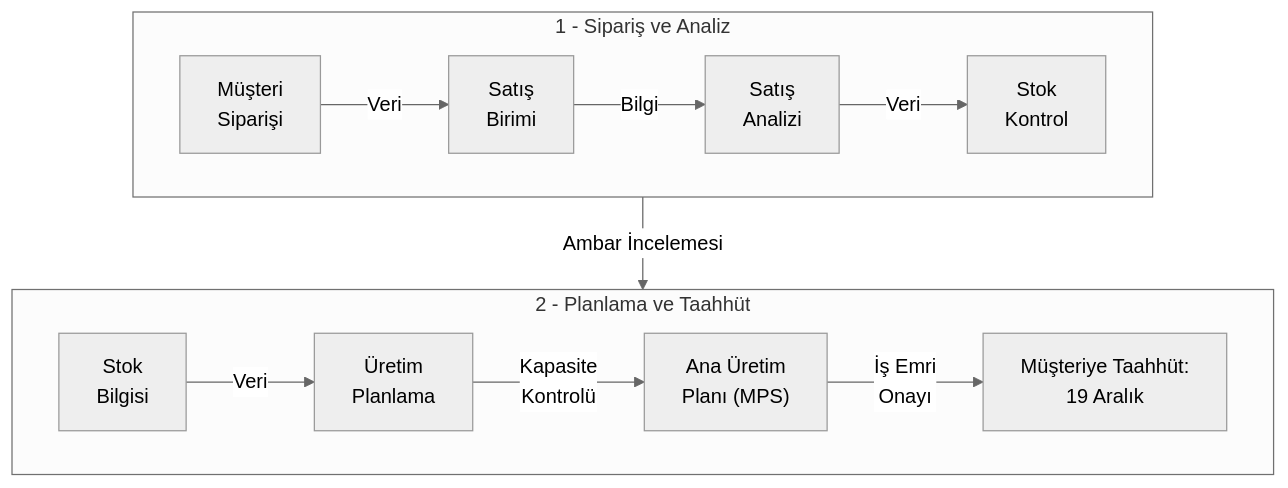
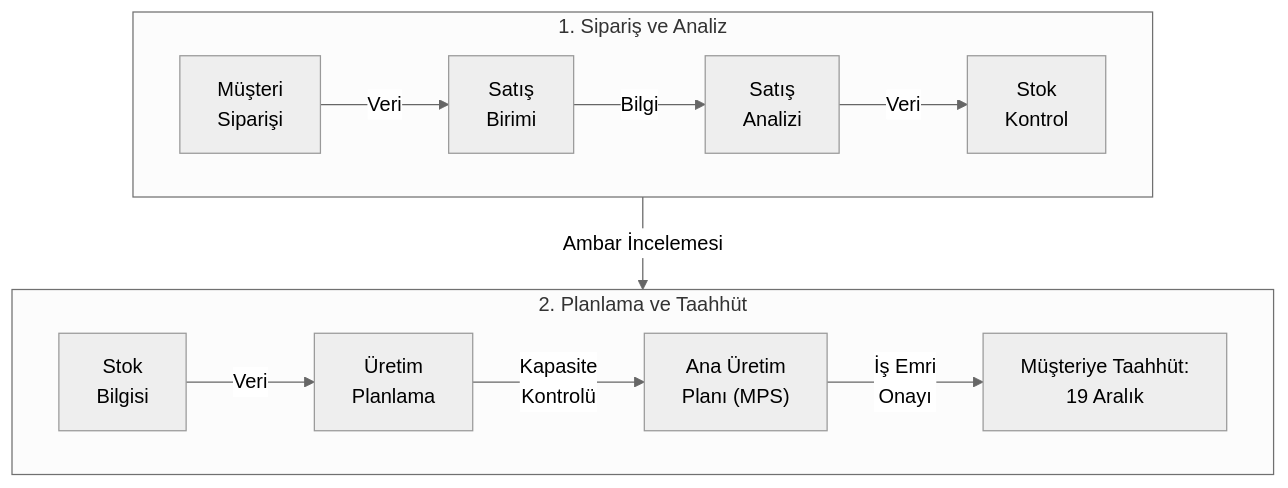
One commit to meto-data/noetic-logos changed the second of 5 diagrams in content/0-ybs-notlari/YBS3023-bilisim_sistemleri_analizi/ybs3023-6.md. Above: the diagram before and after it, drawn with Mermaid (neutral theme). The commit also changed other lines of this file and 16 other files, not shown here.

````diff
--- a/content/0-ybs-notlari/YBS3023-bilisim_sistemleri_analizi/ybs3023-6.md
+++ b/content/0-ybs-notlari/YBS3023-bilisim_sistemleri_analizi/ybs3023-6.md
@@ -90,18 +90,18 @@
 ```mermaid
 flowchart TB
-    subgraph S1["1 - Sipariş ve Analiz"]
+    subgraph S1["1. Sipariş ve Analiz"]
         direction LR
         A["Müşteri<br/>Siparişi"] -->|Veri| B["Satış<br/>Birimi"]
         B -->|Bilgi| C["Satış<br/>Analizi"]
         C -->|Veri| D["Stok<br/>Kontrol"]
     end
 
-    subgraph S2["2 - Planlama ve Taahhüt"]
+    subgraph S2["2. Planlama ve Taahhüt"]
         direction LR
         E["Stok<br/>Bilgisi"] -->|Veri| F["Üretim<br/>Planlama"]
         F -->|Kapasite<br/>Kontrolü| G["Ana Üretim<br/>Planı (MPS)"]
         G -->|İş Emri<br/>Onayı| H["Müşteriye Taahhüt:<br/>19 Aralık"]
     end
 
     S1 -->|"Ambar İncelemesi"| S2
 ```
````
